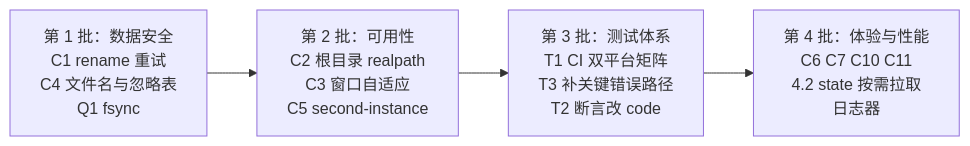
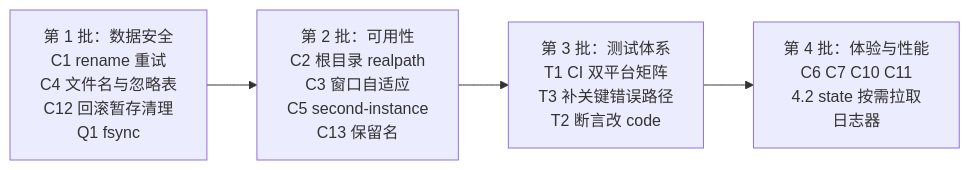
One commit to yykaue/SaveHub changed the diagram in docs/savehub_review_test_compat.md. Above: the diagram before and after it, drawn with Mermaid. The commit also changed other lines of this file, not shown here.

````diff
--- a/docs/savehub_review_test_compat.md
+++ b/docs/savehub_review_test_compat.md
@@ -278,6 +286,6 @@
 ```mermaid
 flowchart LR
-  A["第 1 批：数据安全<br/>C1 rename 重试<br/>C4 文件名与忽略表<br/>Q1 fsync"] --> B["第 2 批：可用性<br/>C2 根目录 realpath<br/>C3 窗口自适应<br/>C5 second-instance"]
+  A["第 1 批：数据安全<br/>C1 rename 重试<br/>C4 文件名与忽略表<br/>C12 回滚暂存清理<br/>Q1 fsync"] --> B["第 2 批：可用性<br/>C2 根目录 realpath<br/>C3 窗口自适应<br/>C5 second-instance<br/>C13 保留名"]
   B --> C["第 3 批：测试体系<br/>T1 CI 双平台矩阵<br/>T3 补关键错误路径<br/>T2 断言改 code"]
   C --> D["第 4 批：体验与性能<br/>C6 C7 C10 C11<br/>4.2 state 按需拉取<br/>日志器"]
 ```
````
